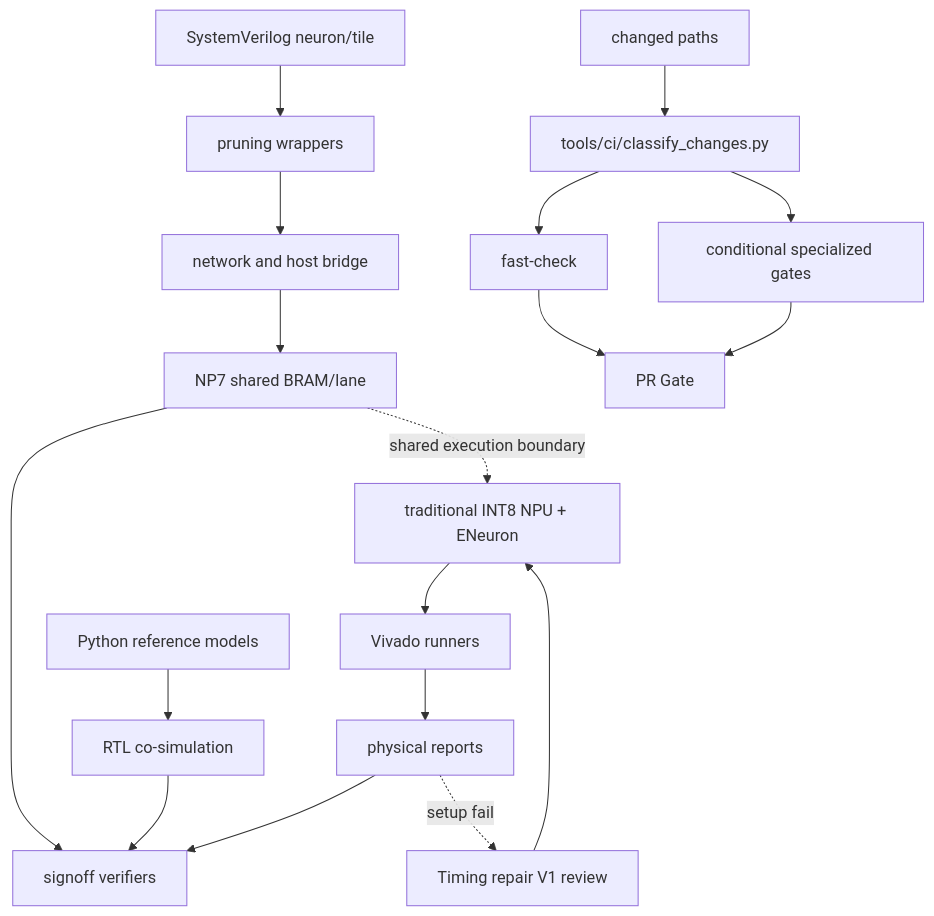
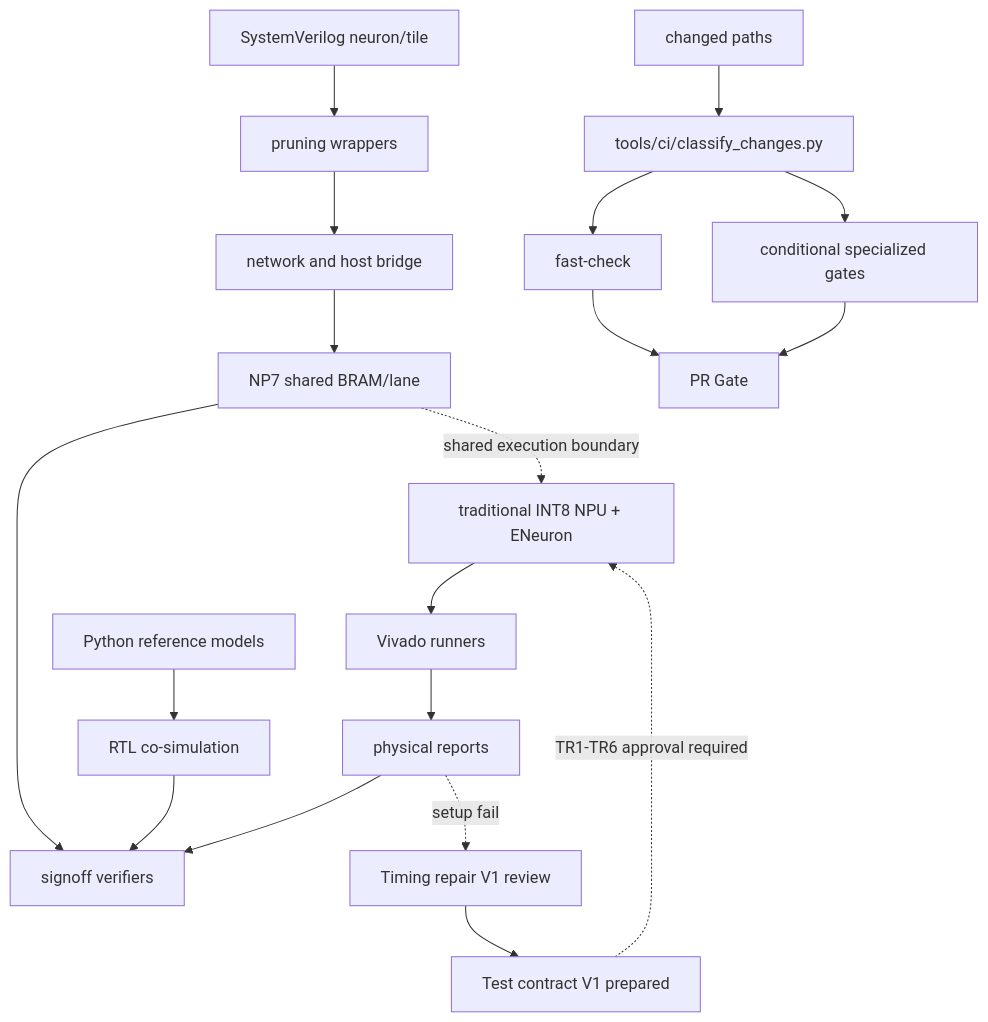
One commit to Epslion404/ENeuron changed the diagram in .nexus-map/arch/dependencies.md. Above: the diagram before and after it, drawn with Mermaid. The commit also changed other lines of this file and 11 other files, not shown here.

Commit message:
docs: freeze NPU timing repair test contract

````diff
--- a/.nexus-map/arch/dependencies.md
+++ b/.nexus-map/arch/dependencies.md
@@ -7,20 +7,21 @@
 ```mermaid
 graph TD
   ref[Python reference models] --> cosim[RTL co-simulation]
   rtl[SystemVerilog neuron/tile] --> wrap[pruning wrappers]
   wrap --> net[network and host bridge]
   net --> np7[NP7 shared BRAM/lane]
   np7 --> verify[signoff verifiers]
   cosim --> verify[signoff verifiers]
   vivado[Vivado runners] --> reports[physical reports]
   reports --> verify
   reports -. setup fail .-> timing[Timing repair V1 review]
-  timing --> npu
+  timing --> testcontract[Test contract V1 prepared]
+  testcontract -. TR1-TR6 approval required .-> npu
   np7 -. shared execution boundary .-> npu[traditional INT8 NPU + ENeuron]
   npu --> vivado
   changes[changed paths] --> classify[tools/ci/classify_changes.py]
   classify --> fast[fast-check]
   classify --> specialized[conditional specialized gates]
   fast --> gate[PR Gate]
   specialized --> gate
 ```
````
